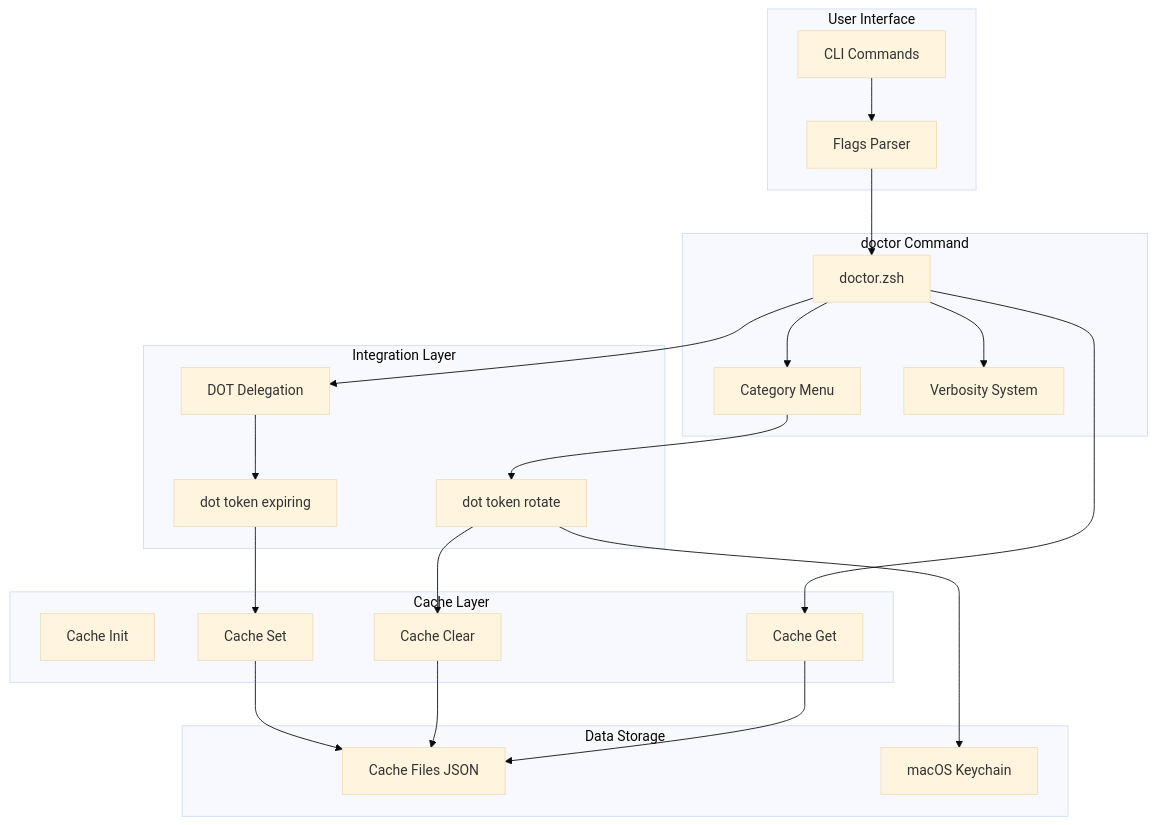
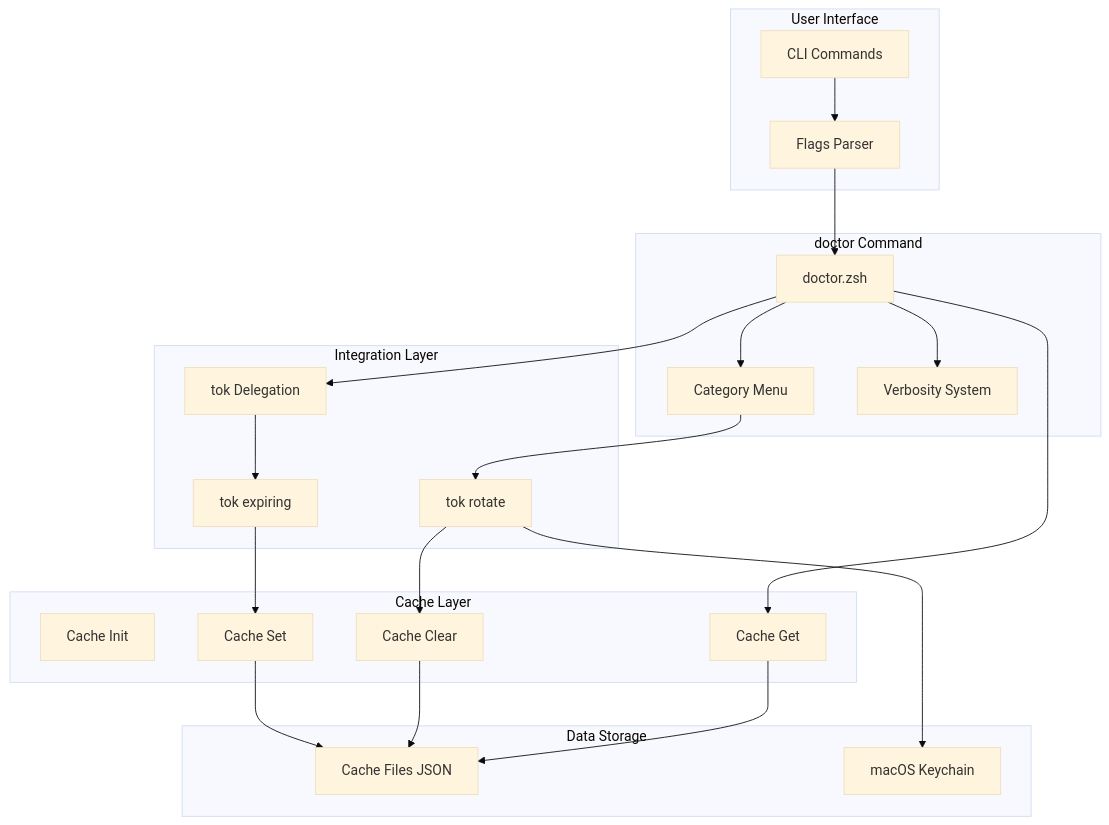
The first of 5 diagrams in docs/architecture/DOCTOR-TOKEN-ARCHITECTURE.md (Data-Wise/flow-cli), drawn with Mermaid (base theme) before and after one commit. The commit also changed other lines of this file and 91 other files, not shown here.

First line of the commit message:
feat: split dot dispatcher into dots, sec, tok (#381)

````diff
--- a/docs/architecture/DOCTOR-TOKEN-ARCHITECTURE.md
+++ b/docs/architecture/DOCTOR-TOKEN-ARCHITECTURE.md
@@ -14,46 +14,46 @@
 ```mermaid
 graph TB
     subgraph "User Interface"
         CLI[CLI Commands]
         Flags[Flags Parser]
     end
 
     subgraph "doctor Command"
         Doctor[doctor.zsh]
         Menu[Category Menu]
         Verbosity[Verbosity System]
     end
 
     subgraph "Cache Layer"
         CacheInit[Cache Init]
         CacheGet[Cache Get]
         CacheSet[Cache Set]
         CacheClear[Cache Clear]
     end
 
     subgraph "Integration Layer"
-        Delegate[DOT Delegation]
-        DotExpiring[dot token expiring]
-        DotRotate[dot token rotate]
+        Delegate[tok Delegation]
+        TokExpiring[tok expiring]
+        TokRotate[tok rotate]
     end
 
     subgraph "Data Storage"
         CacheFiles[Cache Files JSON]
         Keychain[macOS Keychain]
     end
 
     CLI --> Flags
     Flags --> Doctor
     Doctor --> Menu
     Doctor --> Verbosity
     Doctor --> CacheGet
     CacheGet --> CacheFiles
     Doctor --> Delegate
-    Delegate --> DotExpiring
-    Menu --> DotRotate
-    DotRotate --> Keychain
-    DotRotate --> CacheClear
+    Delegate --> TokExpiring
+    Menu --> TokRotate
+    TokRotate --> Keychain
+    TokRotate --> CacheClear
     CacheClear --> CacheFiles
-    DotExpiring --> CacheSet
+    TokExpiring --> CacheSet
     CacheSet --> CacheFiles
 ```
````
